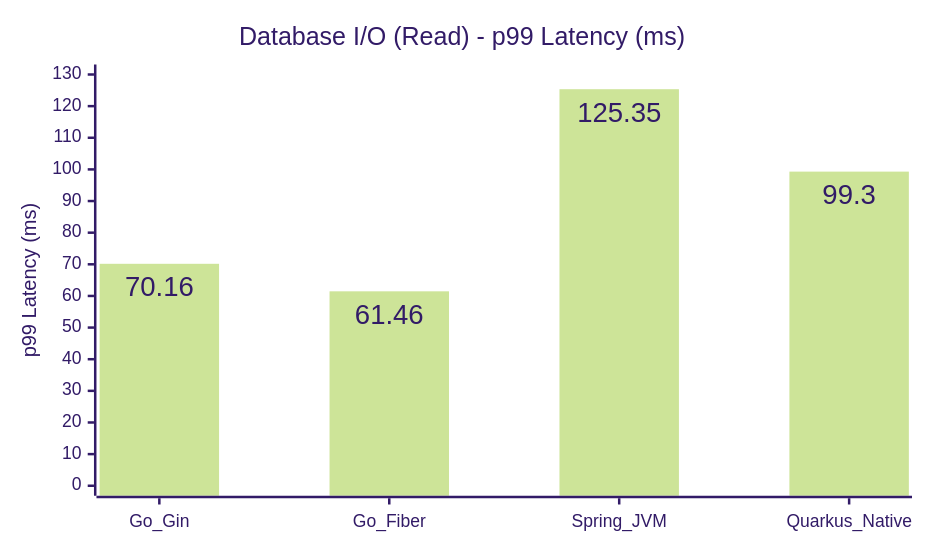
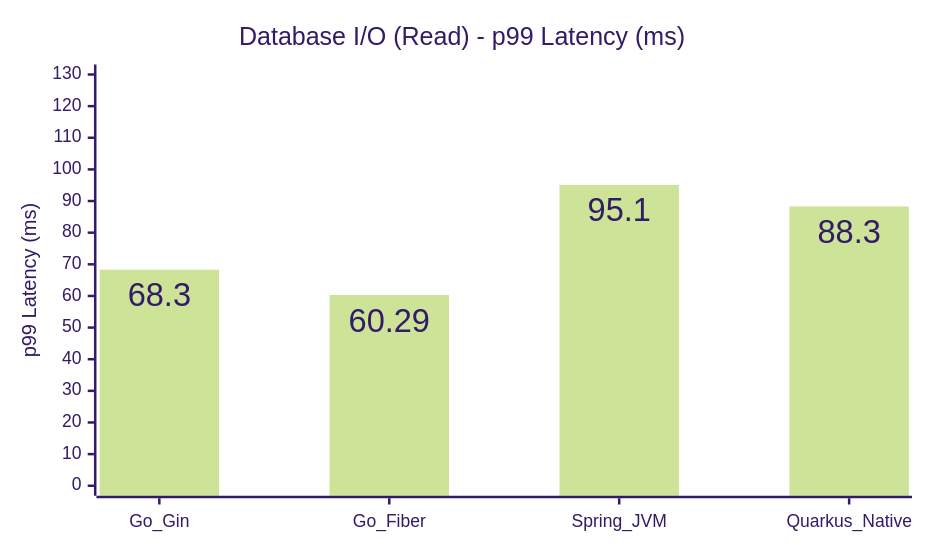
The fifth of 15 diagrams in COMPARISON_REPORT.md (hiiamtin/go-vs-java), drawn with Mermaid (forest theme) before and after one commit. The commit also changed other lines of this file and 93 other files, not shown here.

````diff
--- a/COMPARISON_REPORT.md
+++ b/COMPARISON_REPORT.md
@@ -112,14 +112,14 @@
 ```mermaid
 ---
 config:
   xyChart:
     width: 720
     height: 420
     showDataLabel: true
 ---
 xychart
     title "Database I/O (Read) - p99 Latency (ms)"
     x-axis [Go_Gin, Go_Fiber, Spring_JVM, Quarkus_Native]
     y-axis "p99 Latency (ms)" 0 --> 130
-    bar [70.16, 61.46, 125.35, 99.3]
+    bar [68.30, 60.29, 95.10, 88.30]
 ```
````
